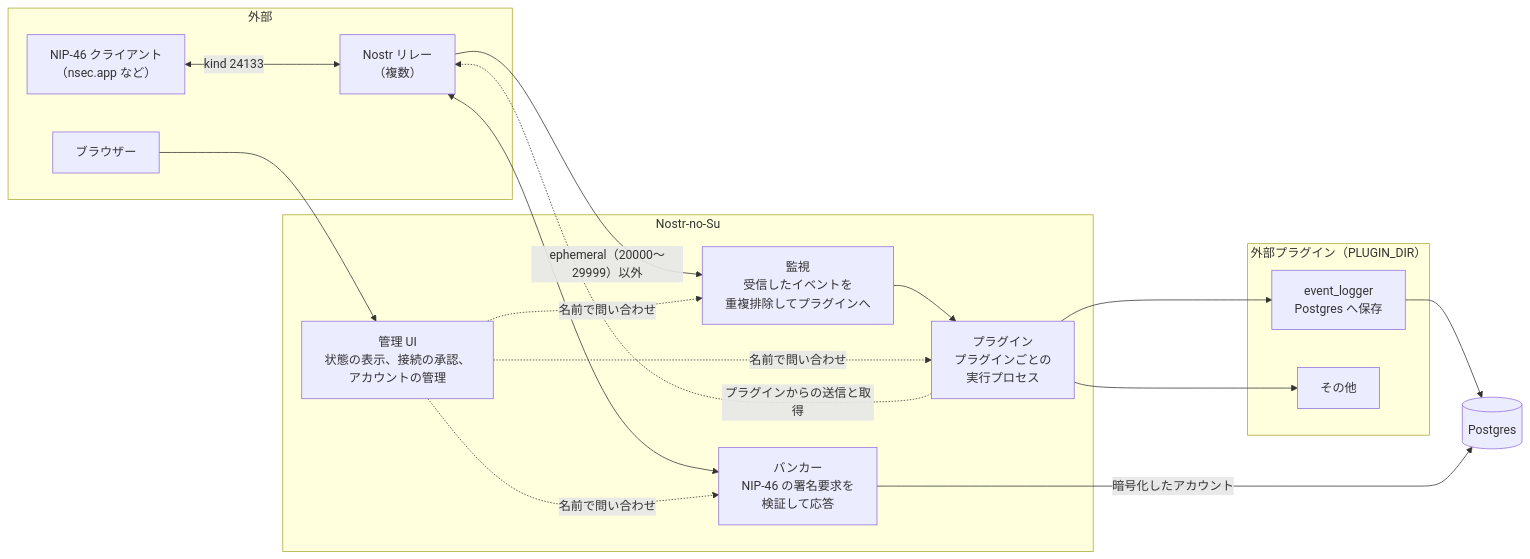
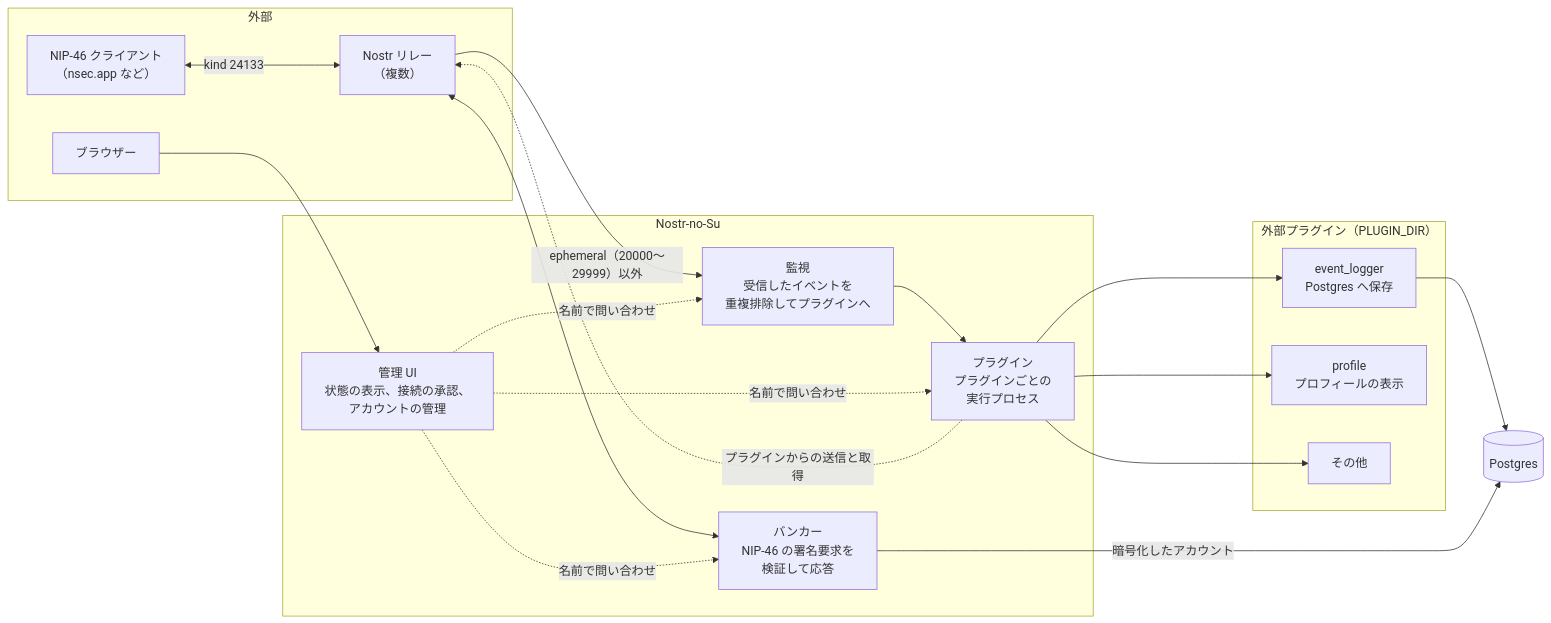
The first of 9 diagrams in docs/architecture.md (neverclear86/nostr-no-su), drawn with Mermaid before and after one commit. The commit also changed other lines of this file and 23 other files, not shown here.

````diff
--- a/docs/architecture.md
+++ b/docs/architecture.md
@@ -15,34 +15,36 @@
 ```mermaid
 flowchart LR
     subgraph external["外部"]
         relays["Nostr リレー<br/>（複数）"]
         client["NIP-46 クライアント<br/>（nsec.app など）"]
         browser["ブラウザー"]
     end
 
     subgraph host["Nostr-no-Su"]
         monitor["監視<br/>受信したイベントを<br/>重複排除してプラグインへ"]
         bunker["バンカー<br/>NIP-46 の署名要求を<br/>検証して応答"]
         plugins["プラグイン<br/>プラグインごとの<br/>実行プロセス"]
         admin["管理 UI<br/>状態の表示、接続の承認、<br/>アカウントの管理"]
     end
 
     subgraph ext_plugins["外部プラグイン（PLUGIN_DIR）"]
         event_logger["event_logger<br/>Postgres へ保存"]
+        profile["profile<br/>プロフィールの表示"]
         others["その他"]
     end
 
     relays -->|"ephemeral（20000〜29999）以外"| monitor
     monitor --> plugins
     plugins --> event_logger
+    plugins --> profile
     plugins --> others
     plugins -.->|"プラグインからの送信と取得"| relays
     client <-->|"kind 24133"| relays
     relays <--> bunker
     browser --> admin
     admin -.->|"名前で問い合わせ"| monitor
     admin -.->|"名前で問い合わせ"| bunker
     admin -.->|"名前で問い合わせ"| plugins
     event_logger --> postgres[("Postgres")]
     bunker -->|"暗号化したアカウント"| postgres
 ```
````
